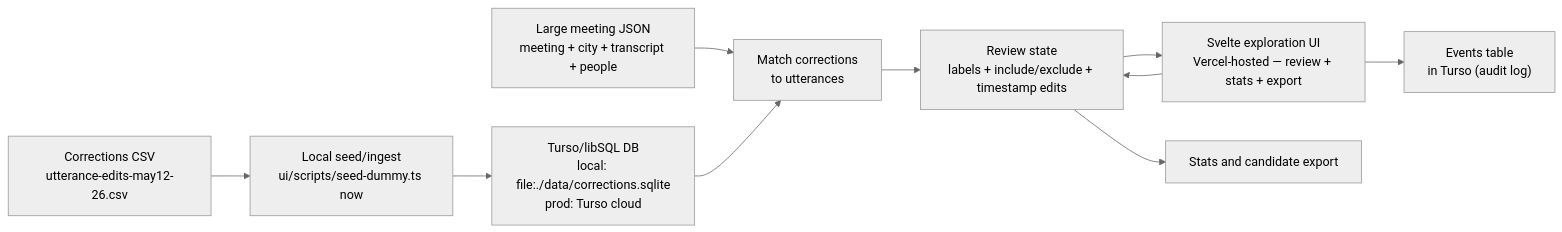
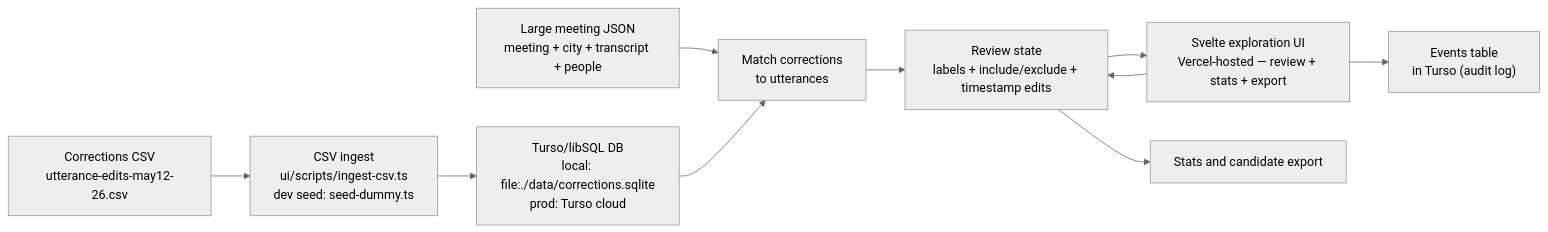
The diagram in CURRENT.md (eellak/gsoc2026-opencouncil-stt), drawn with Mermaid (neutral theme) before and after one commit. The commit also changed other lines of this file and 4 other files, not shown here.

````diff
--- a/CURRENT.md
+++ b/CURRENT.md
@@ -22,22 +22,22 @@
 ```mermaid
 flowchart LR
     CSV["Corrections CSV<br/>utterance-edits-may12-26.csv"]
-    Ingest["Local seed/ingest<br/>ui/scripts/seed-dummy.ts now"]
+    Ingest["CSV ingest<br/>ui/scripts/ingest-csv.ts<br/>dev seed: seed-dummy.ts"]
     DB["Turso/libSQL DB<br/>local: file:./data/corrections.sqlite<br/>prod: Turso cloud"]
     JSON["Large meeting JSON<br/>meeting + city + transcript + people"]
     Match["Match corrections<br/>to utterances"]
     State["Review state<br/>labels + include/exclude + timestamp edits"]
     UI["Svelte exploration UI<br/>Vercel-hosted — review + stats + export"]
     Events["Events table<br/>in Turso (audit log)"]
     Stats["Stats and candidate export"]
 
     CSV --> Ingest
     Ingest --> DB
     JSON --> Match
     DB --> Match
     Match --> State
     State --> UI
     UI --> State
     UI --> Events
     State --> Stats
 ```
````
